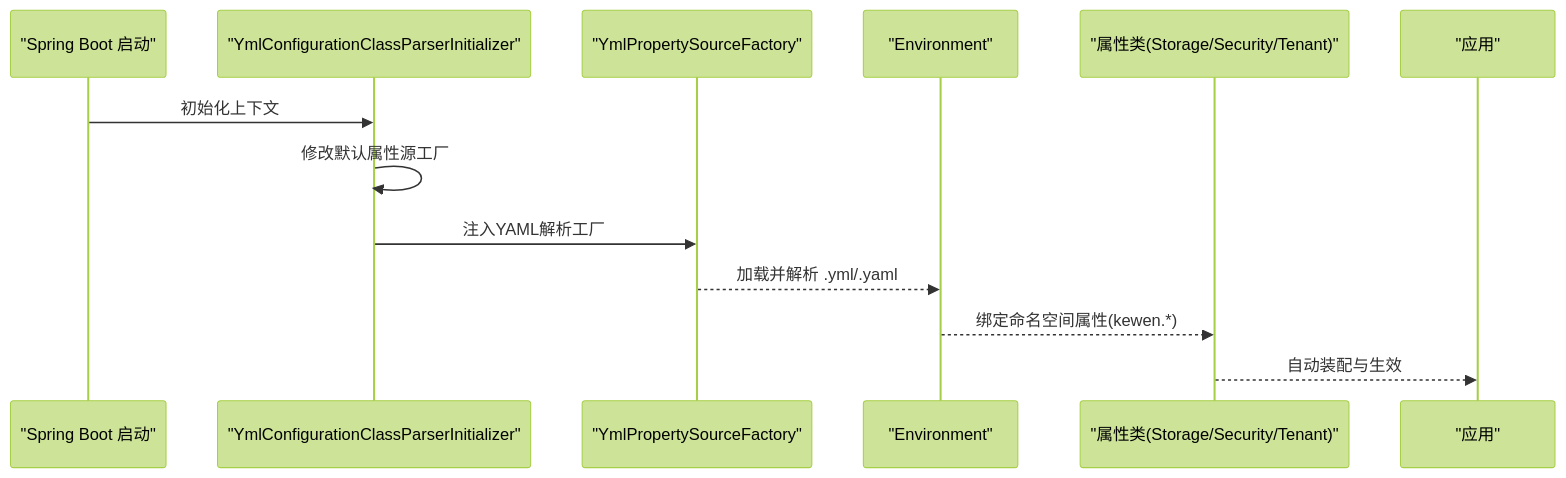
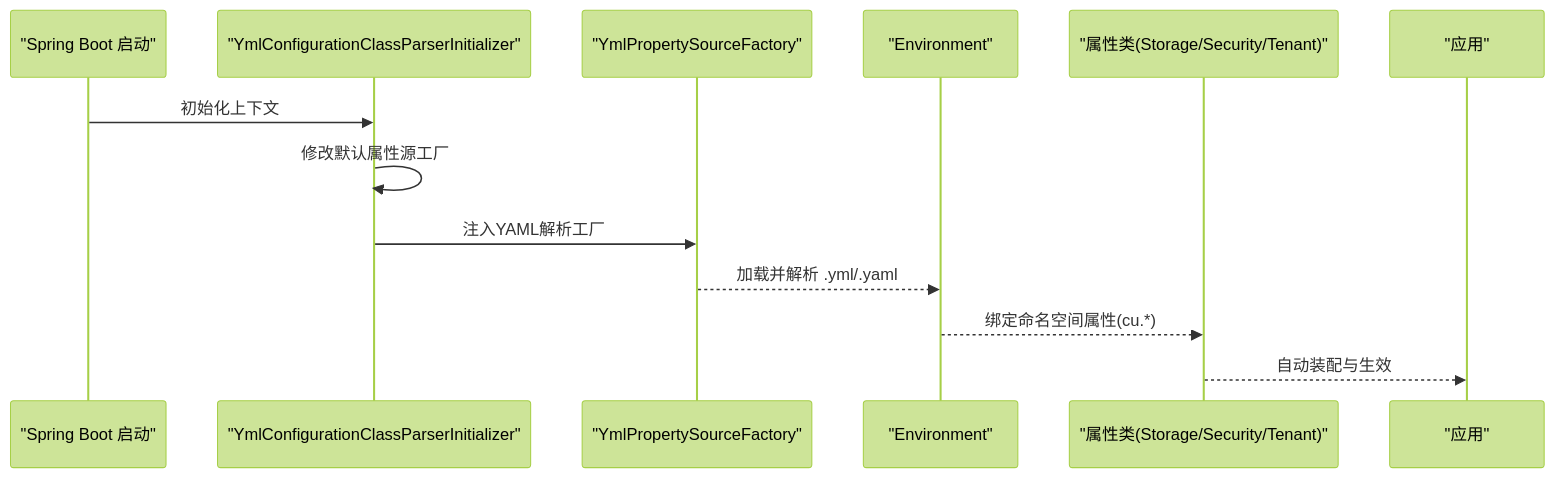
Before and after one commit to LiukewenSC/kewen-framework: the second of 3 diagrams in .qoder/repowiki/zh/content/配置指南/环境配置.md, drawn with Mermaid (forest theme). The commit also changed other lines of this file and 764 other files, not shown here.

````diff
--- a/.qoder/repowiki/zh/content/配置指南/环境配置.md
+++ b/.qoder/repowiki/zh/content/配置指南/环境配置.md
@@ -99,15 +99,15 @@
 ```mermaid
 sequenceDiagram
 participant Boot as "Spring Boot 启动"
 participant Parser as "YmlConfigurationClassParserInitializer"
 participant Factory as "YmlPropertySourceFactory"
 participant Env as "Environment"
 participant Props as "属性类(Storage/Security/Tenant)"
 participant App as "应用"
 Boot->>Parser : 初始化上下文
 Parser->>Parser : 修改默认属性源工厂
 Parser->>Factory : 注入YAML解析工厂
 Factory-->>Env : 加载并解析 .yml/.yaml
-Env-->>Props : 绑定命名空间属性(kewen.*)
+Env-->>Props : 绑定命名空间属性(cu.*)
 Props-->>App : 自动装配与生效
 ```
````
